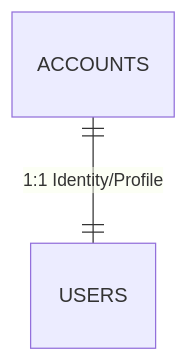
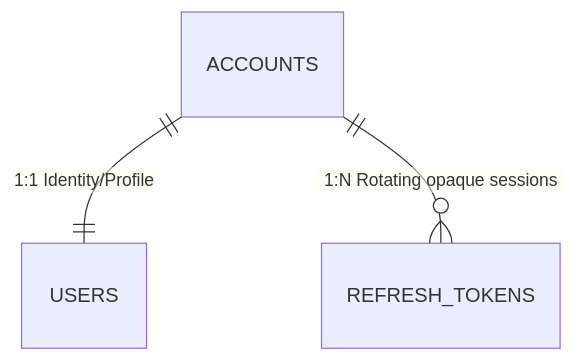
The diagram in .routing/services/identity_service.md (OGShawnLee/palabrario), drawn with Mermaid before and after one commit. The commit also changed other lines of this file and 25 other files, not shown here.

````diff
--- a/.routing/services/identity_service.md
+++ b/.routing/services/identity_service.md
@@ -14,4 +14,5 @@
 ```mermaid
 erDiagram
     ACCOUNTS ||--|| USERS : "1:1 Identity/Profile"
+    ACCOUNTS ||--o{ REFRESH_TOKENS : "1:N Rotating opaque sessions"
 ```
````
